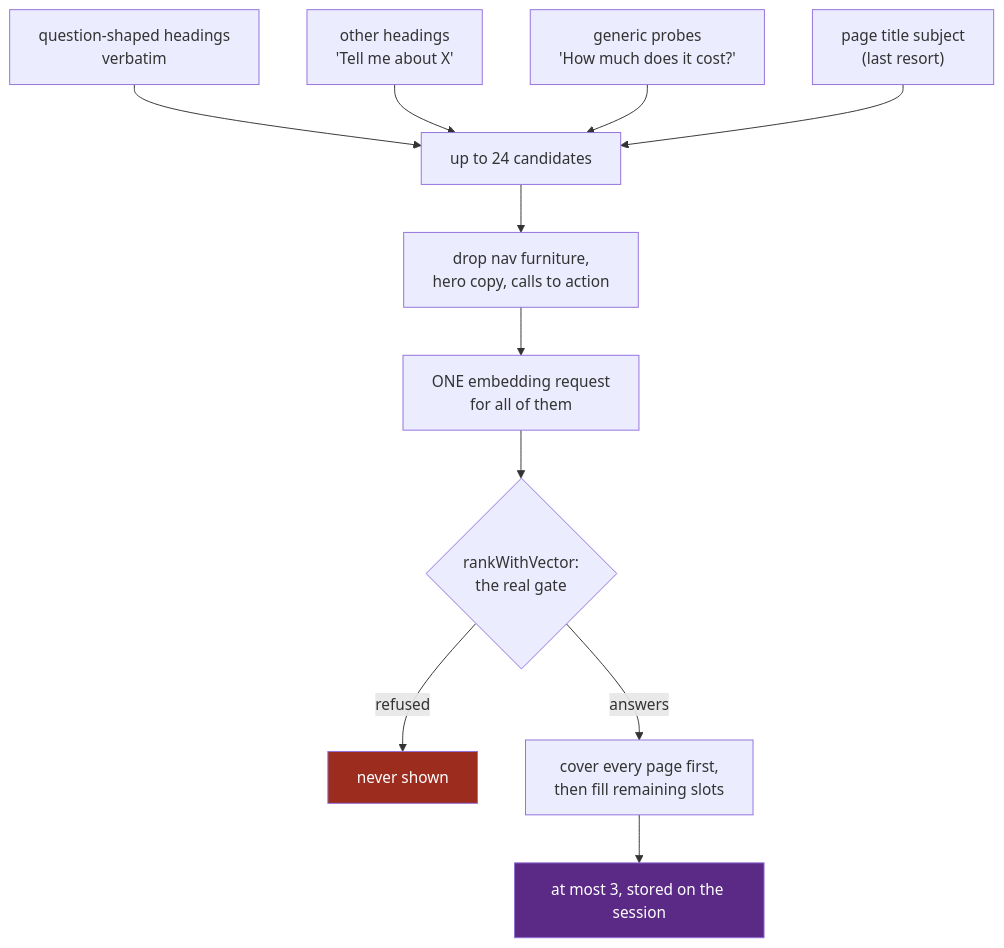
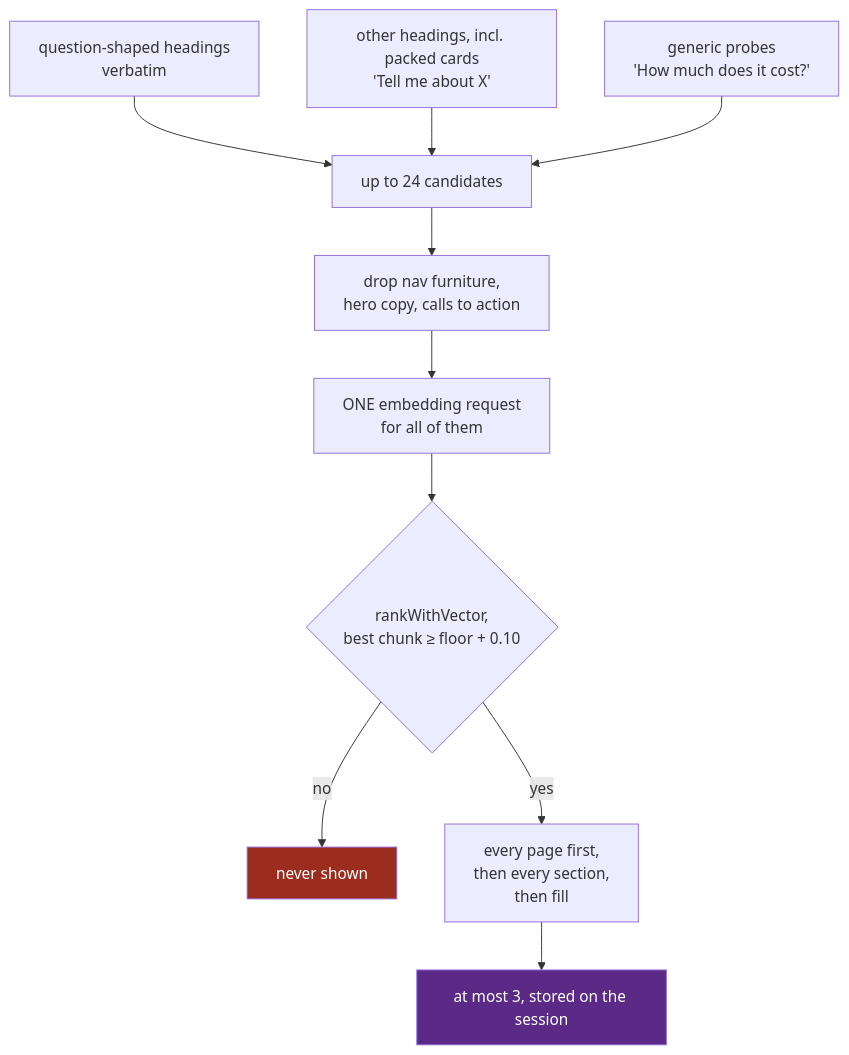
One commit to jjalcantara1/instant_chatbot changed the seventh of 10 diagrams in README.md. Above: the diagram before and after it, drawn with Mermaid. The commit also changed other lines of this file and 32 other files, not shown here.

````diff
--- a/README.md
+++ b/README.md
@@ -357,16 +546,15 @@
 ```mermaid
 flowchart TB
     H["question-shaped headings<br/>verbatim"] --> POOL
-    H2["other headings<br/>'Tell me about X'"] --> POOL
+    H2["other headings, incl. packed cards<br/>'Tell me about X'"] --> POOL
     G["generic probes<br/>'How much does it cost?'"] --> POOL
-    T["page title subject<br/>(last resort)"] --> POOL
     POOL["up to 24 candidates"] --> FILTER["drop nav furniture,<br/>hero copy, calls to action"]
     FILTER --> EMB["ONE embedding request<br/>for all of them"]
-    EMB --> GATE{"rankWithVector:<br/>the real gate"}
-    GATE -->|refused| DROP["never shown"]
-    GATE -->|answers| PICK["cover every page first,<br/>then fill remaining slots"]
+    EMB --> GATE{"rankWithVector,<br/>best chunk ≥ floor + 0.10"}
+    GATE -->|no| DROP["never shown"]
+    GATE -->|yes| PICK["every page first,<br/>then every section,<br/>then fill"]
     PICK --> OUT["at most 3, stored on the session"]
 
     style DROP fill:#9B2C1E,color:#fff
     style OUT fill:#5B2A86,color:#fff
 ```
````
